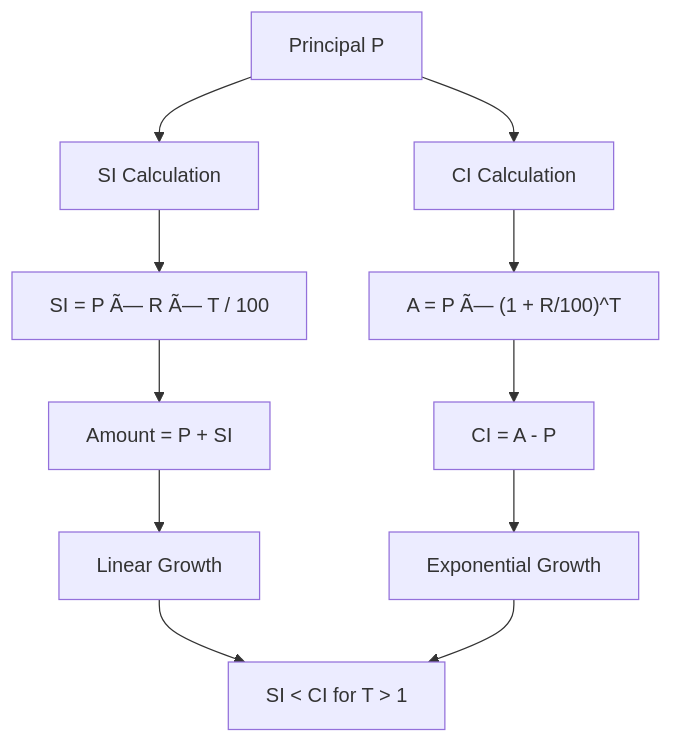
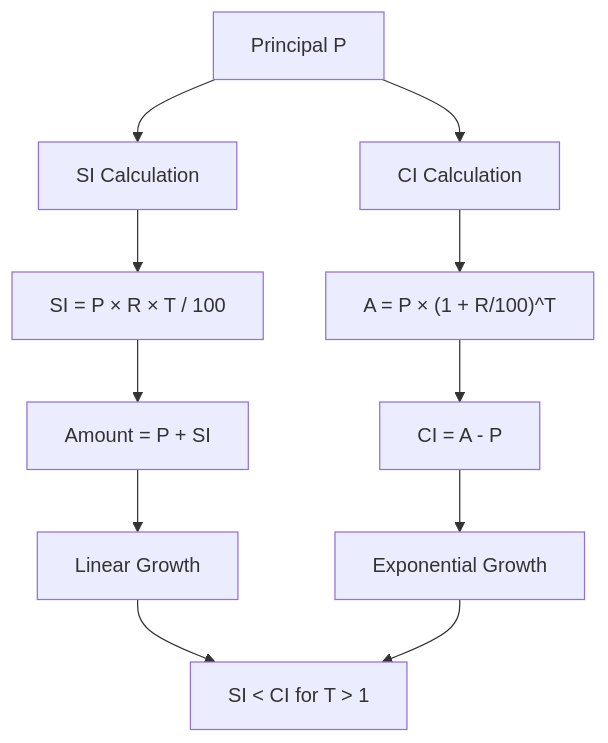
One commit to Raushan666java/ai-engineering-journey changed the third of 11 diagrams in docs/courses/quantitative-aptitude/01-arithmetic-foundation.md. Above: the diagram before and after it, drawn with Mermaid. The commit also changed other lines of this file and 965 other files, not shown here.

````diff
--- a/docs/courses/quantitative-aptitude/01-arithmetic-foundation.md
+++ b/docs/courses/quantitative-aptitude/01-arithmetic-foundation.md
@@ -448,13 +448,13 @@
 ```mermaid
 flowchart TD
     A["Principal P"] --> B["SI Calculation"]
     A --> C["CI Calculation"]
-    B --> D["SI = P Ã— R Ã— T / 100"]
-    C --> E["A = P Ã— (1 + R/100)^T"]
+    B --> D["SI = P × R × T / 100"]
+    C --> E["A = P × (1 + R/100)^T"]
     D --> F["Amount = P + SI"]
     E --> G["CI = A - P"]
     F --> H["Linear Growth"]
     G --> I["Exponential Growth"]
     H --> J["SI < CI for T > 1"]
     I --> J
 ```
````
